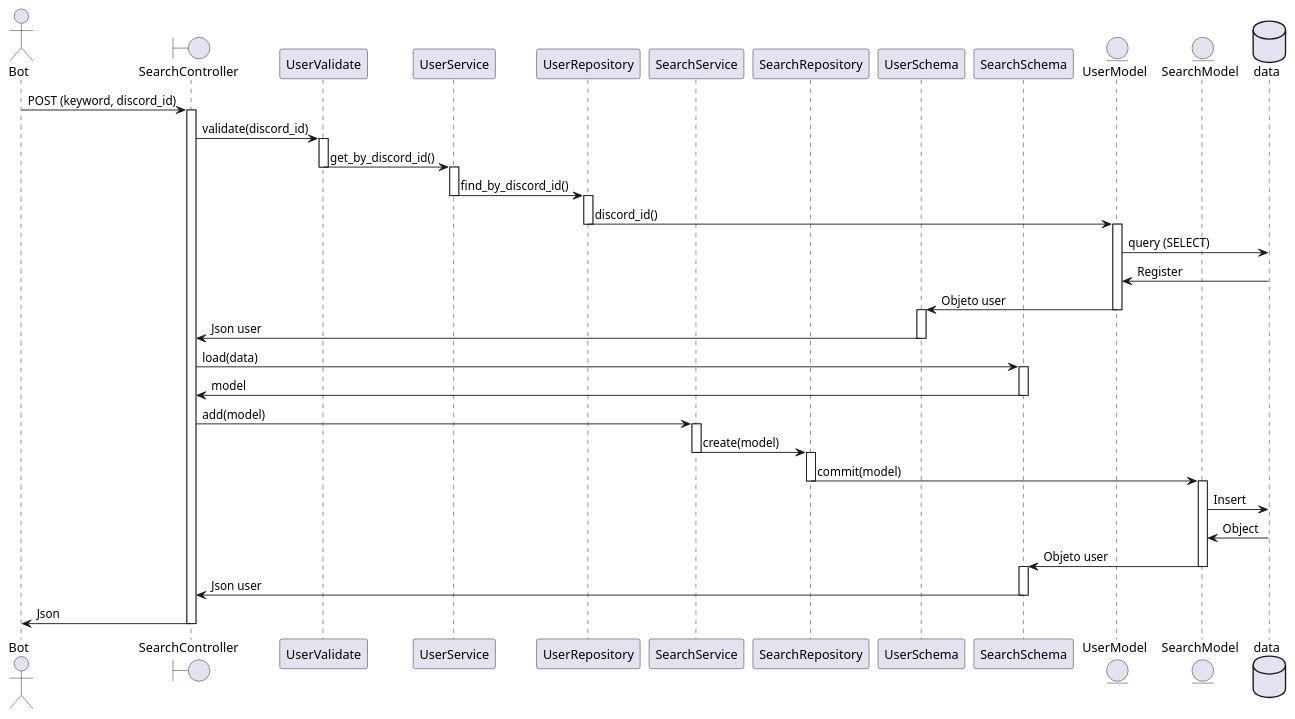
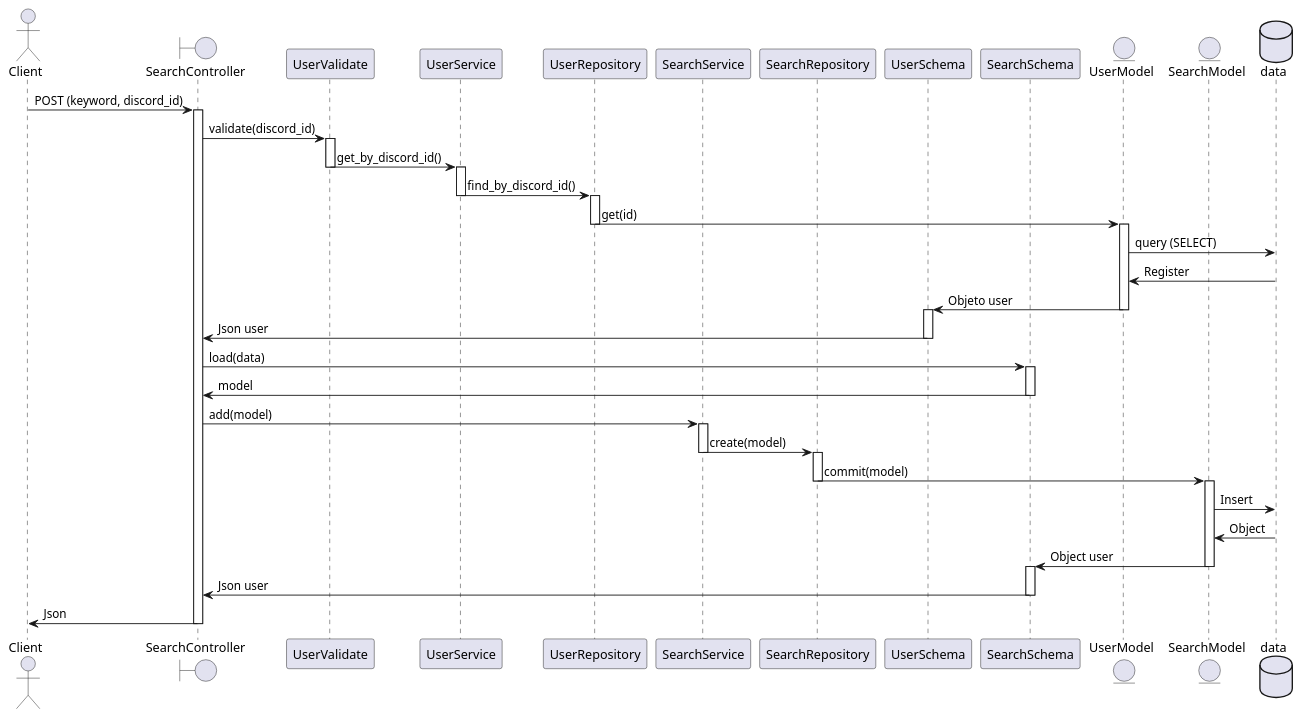
Before and after one commit to j0k3rD/Bot_Courses_UM: the diagram in docs/diagrama_secuencia_search_bot.puml, drawn with PlantUML. The commit also changed 8 other files, not shown here.

Commit message:
created all diagrams of sequency

```diff
--- a/docs/diagrama_secuencia_search_bot.puml
+++ b/docs/diagrama_secuencia_search_bot.puml
@@ -1,62 +1,62 @@
 @startuml
 
 ' Almacenar Busquedas mediante bot.
 
-actor Bot
+actor Client
 boundary SearchController
 
 participant UserValidate
 participant UserService
 participant UserRepository
 participant SearchService
 participant SearchRepository
 participant UserSchema
 participant SearchSchema
 entity UserModel
 entity SearchModel
 database data
 
-Bot -> SearchController: POST (keyword, discord_id)
+Client -> SearchController: POST (keyword, discord_id)
 activate SearchController
 SearchController -> UserValidate: validate(discord_id)
 activate UserValidate
 UserValidate -> UserService: get_by_discord_id()
 deactivate UserValidate
 activate UserService
 UserService -> UserRepository: find_by_discord_id()
 deactivate UserService
 activate UserRepository
-UserRepository -> UserModel: discord_id()
+UserRepository -> UserModel: get(id)
 deactivate UserRepository
 activate UserModel
 UserModel -> data: query (SELECT)
 UserModel <- data: Register
 UserModel -> UserSchema: Objeto user
 deactivate UserModel
 activate UserSchema
 UserSchema -> SearchController: Json user
 deactivate UserSchema
 SearchController -> SearchSchema: load(data)
 activate SearchSchema
 SearchSchema -> SearchController: model
 deactivate SearchSchema
 SearchController -> SearchService: add(model)
 activate SearchService
 SearchService -> SearchRepository: create(model)
 deactivate SearchService
 activate SearchRepository
 SearchRepository -> SearchModel: commit(model)
 deactivate SearchRepository
 activate SearchModel
 SearchModel -> data: Insert
 SearchModel <- data: Object
-SearchModel -> SearchSchema: Objeto user
+SearchModel -> SearchSchema: Object user
 deactivate SearchModel
 activate SearchSchema
 SearchSchema -> SearchController: Json user
 deactivate SearchSchema
 deactivate UserSchema
-SearchController -> Bot : Json
+SearchController -> Client : Json
 deactivate SearchController
 
 @enduml
```
